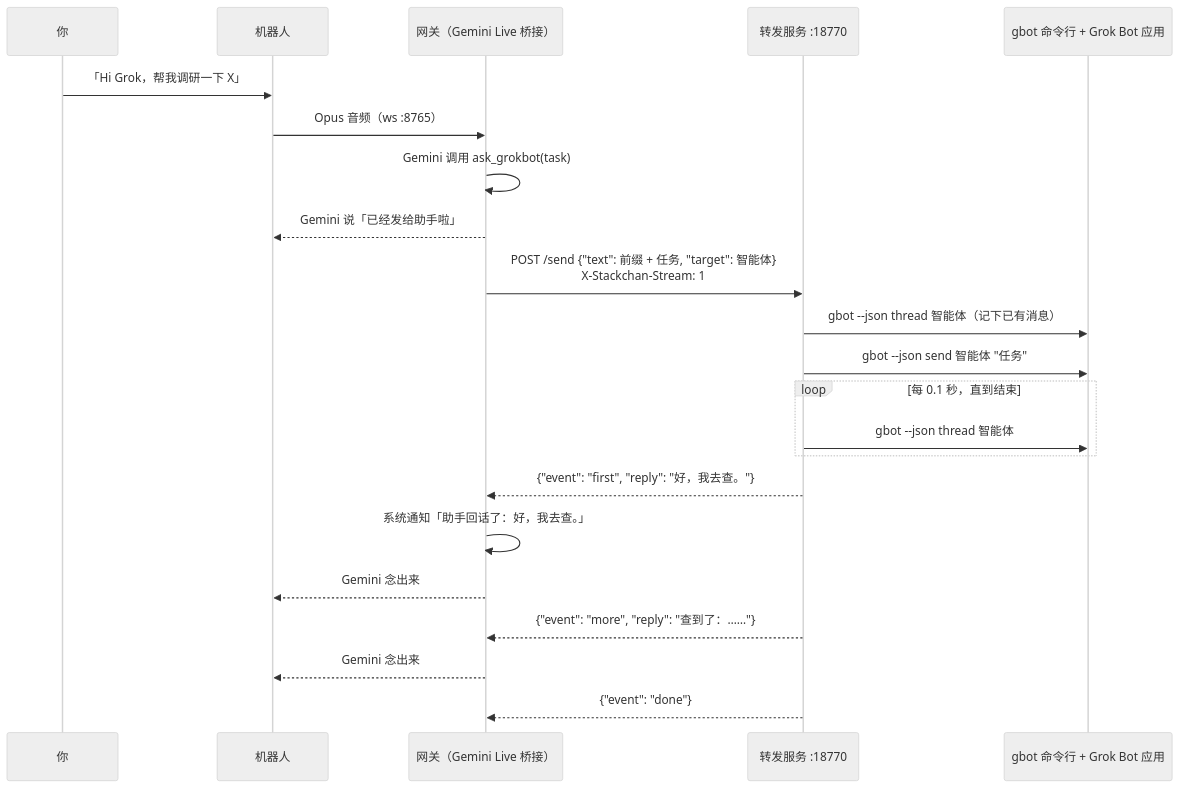
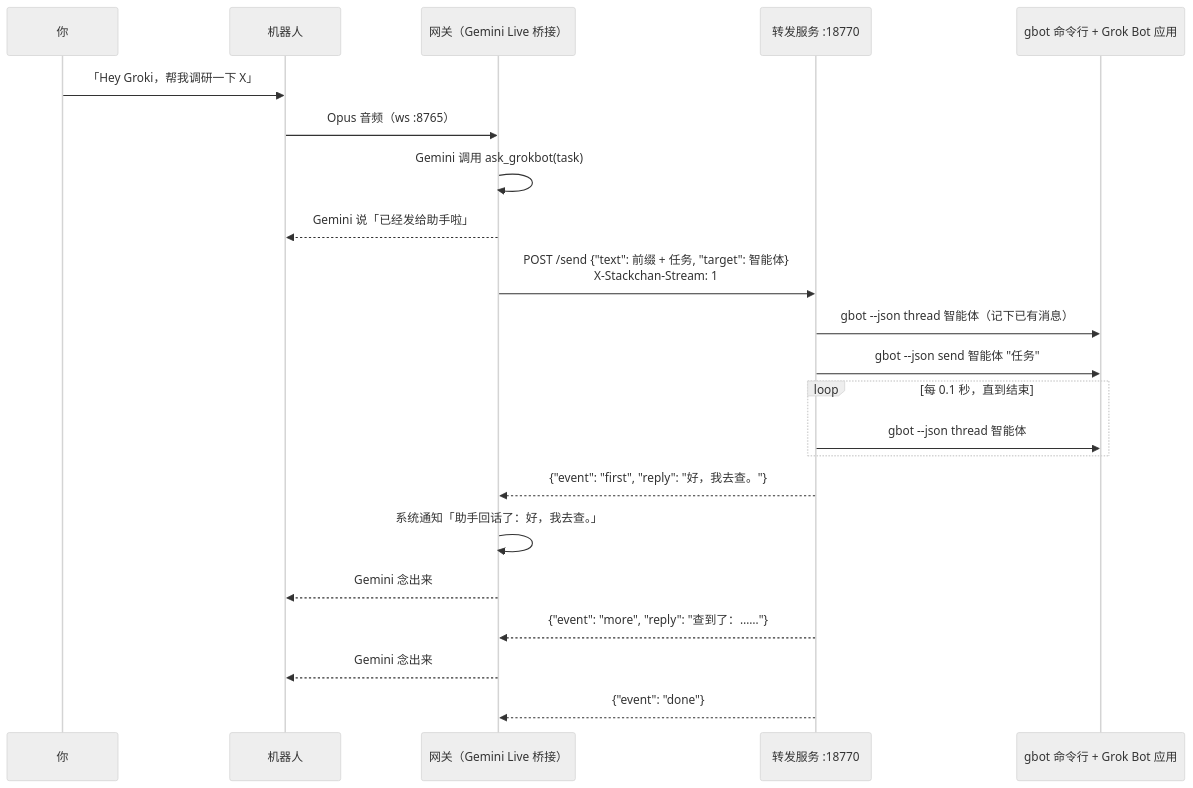
Before and after one commit to sefuzhou770801-hub/groki-bot: the second of 2 diagrams in docs/architecture.zh-CN.md, drawn with Mermaid (neutral theme). The commit also changed other lines of this file and 14 other files, not shown here.

First line of the commit message:
Change the default wake word to "Hey Groki"

````diff
--- a/docs/architecture.zh-CN.md
+++ b/docs/architecture.zh-CN.md
@@ -117,25 +117,25 @@
 ```mermaid
 sequenceDiagram
     participant U as 你
     participant R as 机器人
     participant G as 网关（Gemini Live 桥接）
     participant P as 转发服务 :18770
     participant B as gbot 命令行 + Grok Bot 应用
 
-    U->>R: 「Hi Grok，帮我调研一下 X」
+    U->>R: 「Hey Groki，帮我调研一下 X」
     R->>G: Opus 音频（ws :8765）
     G->>G: Gemini 调用 ask_grokbot(task)
     G-->>R: Gemini 说「已经发给助手啦」
     G->>P: POST /send {"text": 前缀 + 任务, "target": 智能体}<br/>X-Stackchan-Stream: 1
     P->>B: gbot --json thread 智能体（记下已有消息）
     P->>B: gbot --json send 智能体 "任务"
     loop 每 0.1 秒，直到结束
         P->>B: gbot --json thread 智能体
     end
     P-->>G: {"event": "first", "reply": "好，我去查。"}
     G->>G: 系统通知「助手回话了：好，我去查。」
     G-->>R: Gemini 念出来
     P-->>G: {"event": "more", "reply": "查到了：……"}
     G-->>R: Gemini 念出来
     P-->>G: {"event": "done"}
 ```
````
